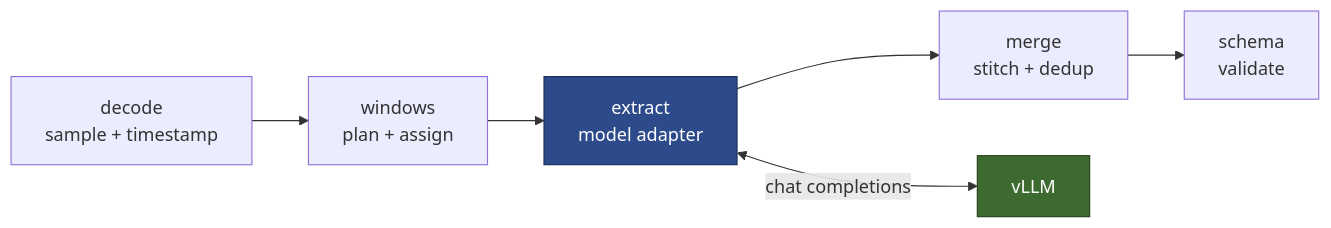
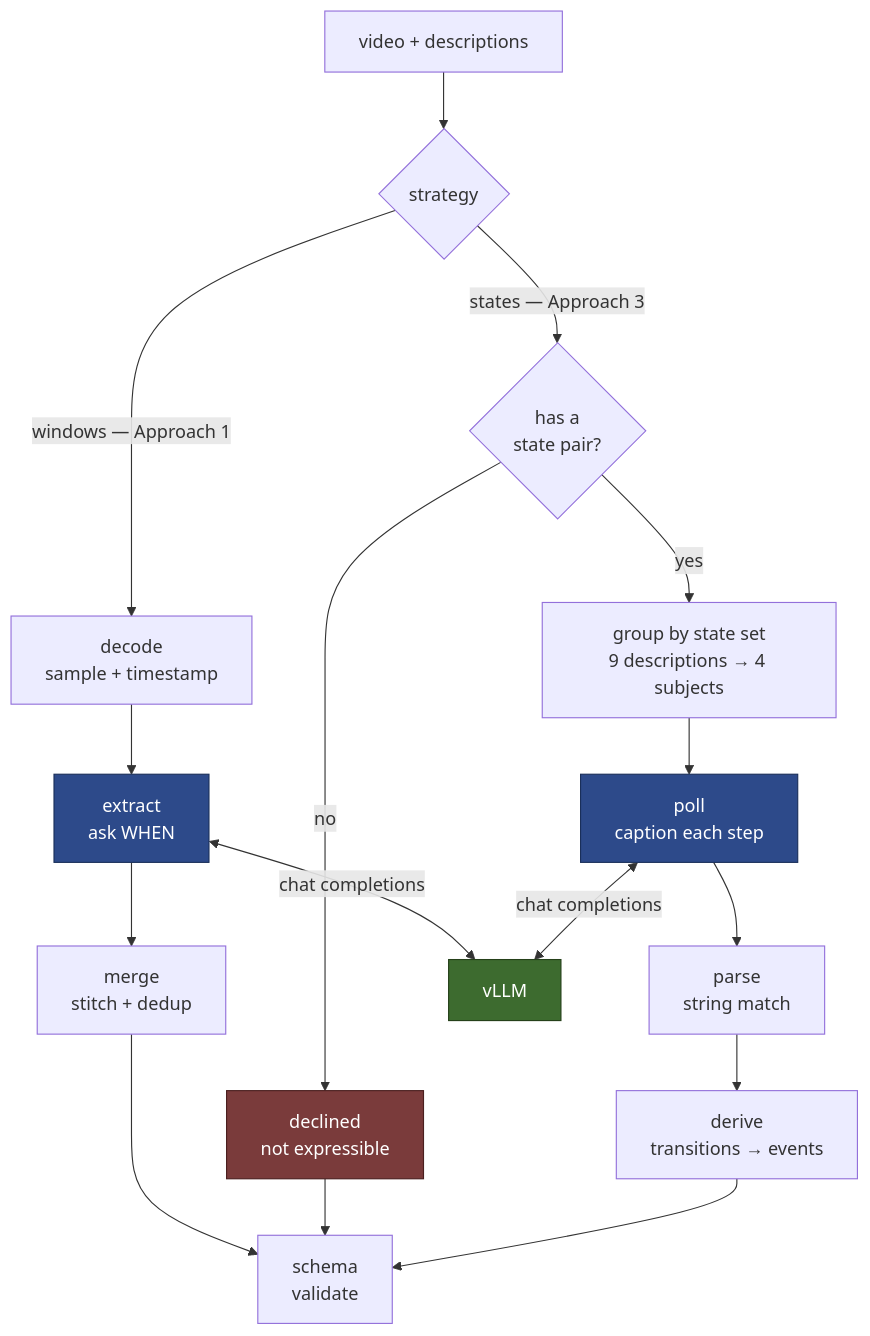
One commit to MTaraszewski/video-reasoning-system changed the third of 8 diagrams in DESIGN.md. Above: the diagram before and after it, drawn with Mermaid. The commit also changed other lines of this file and 4 other files, not shown here.

````diff
--- a/DESIGN.md
+++ b/DESIGN.md
@@ -153,12 +156,26 @@
 ```mermaid
-graph LR
-    A["decode<br/>sample + timestamp"] --> B["windows<br/>plan + assign"]
-    B --> C["extract<br/>model adapter"]
-    C --> D["merge<br/>stitch + dedup"]
-    D --> E["schema<br/>validate"]
+graph TB
+    Q["video + descriptions"] --> ST{"strategy"}
 
-    C <-->|"chat completions"| M["vLLM"]
+    ST -->|"windows — Approach 1"| W1["decode<br/>sample + timestamp"]
+    W1 --> W2["extract<br/>ask WHEN"]
+    W2 --> W3["merge<br/>stitch + dedup"]
+    W3 --> OUT["schema<br/>validate"]
 
-    style C fill:#2d4a8a,stroke:#1a2f5a,color:#fff
+    ST -->|"states — Approach 3"| R{"has a<br/>state pair?"}
+    R -->|"no"| DEC["declined<br/>not expressible"]
+    DEC --> OUT
+    R -->|"yes"| G["group by state set<br/>9 descriptions → 4 subjects"]
+    G --> P["poll<br/>caption each step"]
+    P --> PA["parse<br/>string match"]
+    PA --> DV["derive<br/>transitions → events"]
+    DV --> OUT
+
+    W2 <-->|"chat completions"| M["vLLM"]
+    P <-->|"chat completions"| M
+
+    style W2 fill:#2d4a8a,stroke:#1a2f5a,color:#fff
+    style P fill:#2d4a8a,stroke:#1a2f5a,color:#fff
     style M fill:#3d6b2f,stroke:#254019,color:#fff
+    style DEC fill:#7a3b3b,stroke:#4a1f1f,color:#fff
 ```
````
